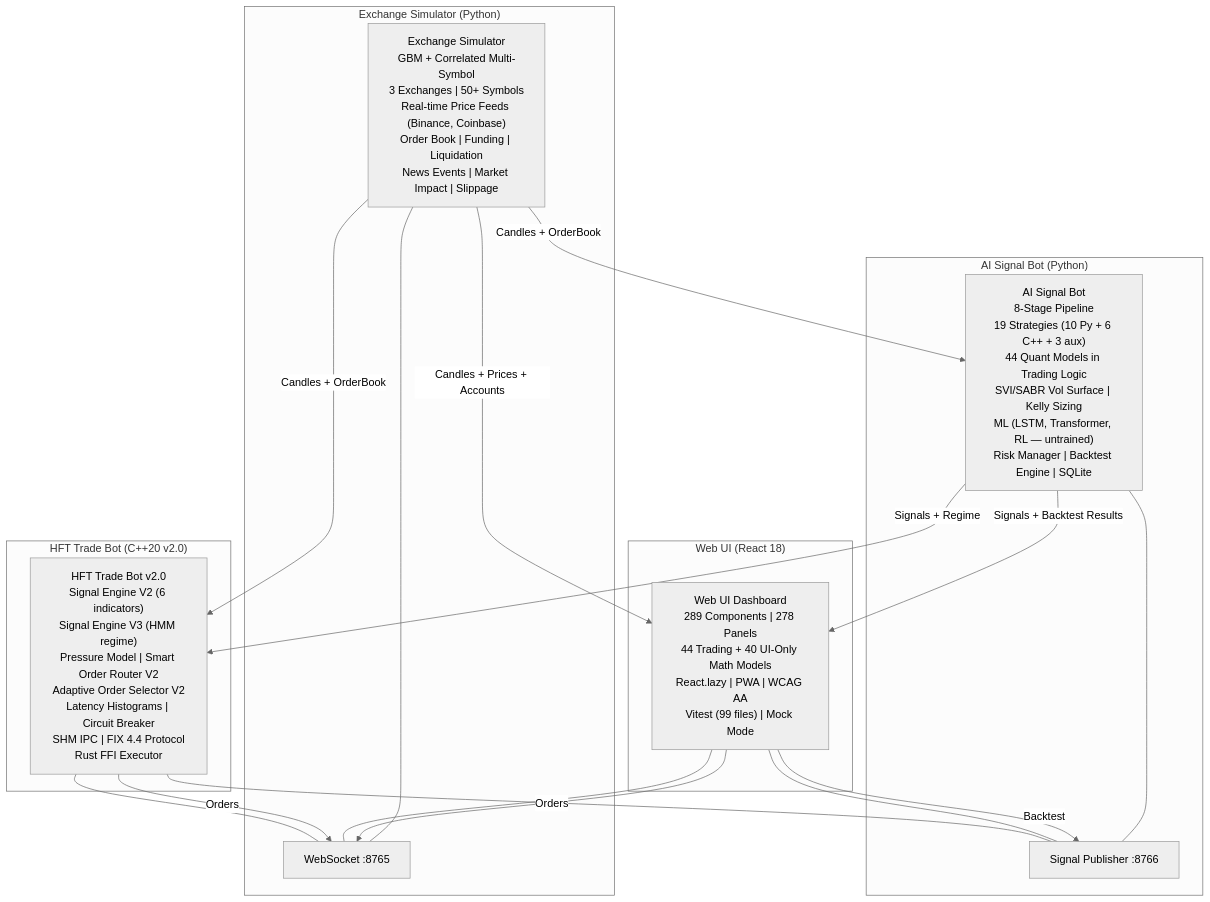
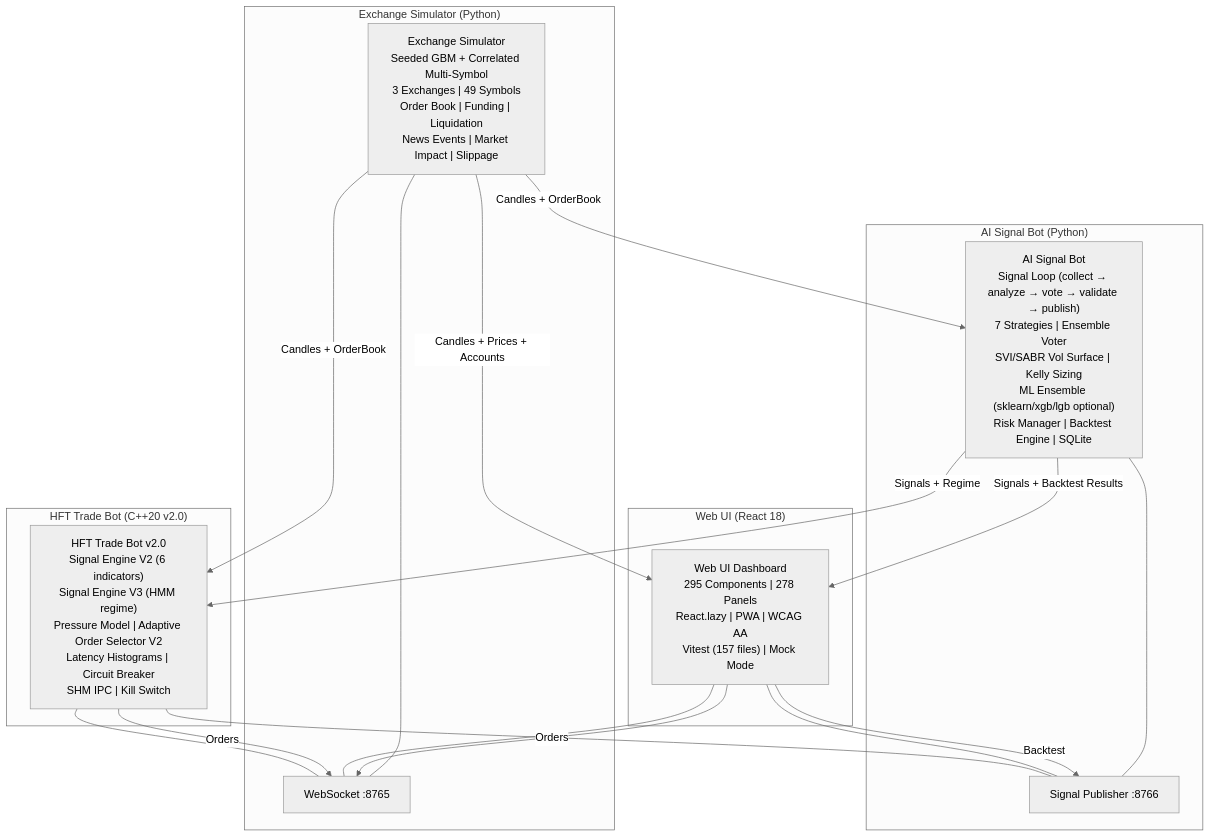
Before and after one commit to ezpectus/HFT-trading-simulator: the first of 2 diagrams in docs/ARCHITECTURE.md, drawn with Mermaid (neutral theme). The commit also changed other lines of this file and 9 other files, not shown here.

First line of the commit message:
docs: refresh docs/ — real ports, counts, env vars, diagrams

````diff
--- a/docs/ARCHITECTURE.md
+++ b/docs/ARCHITECTURE.md
@@ -71,35 +71,35 @@
 ```mermaid
 graph TB
     subgraph "Exchange Simulator (Python)"
-        ES["Exchange Simulator<br/>GBM + Correlated Multi-Symbol<br/>3 Exchanges | 50+ Symbols<br/>Real-time Price Feeds (Binance, Coinbase)<br/>Order Book | Funding | Liquidation<br/>News Events | Market Impact | Slippage"]
+        ES["Exchange Simulator<br/>Seeded GBM + Correlated Multi-Symbol<br/>3 Exchanges | 49 Symbols<br/>Order Book | Funding | Liquidation<br/>News Events | Market Impact | Slippage"]
         WS8765[WebSocket :8765]
         WS8765 --- ES
     end
 
     subgraph "AI Signal Bot (Python)"
-        AI["AI Signal Bot<br/>8-Stage Pipeline<br/>19 Strategies (10 Py + 6 C++ + 3 aux)<br/>44 Quant Models in Trading Logic<br/>SVI/SABR Vol Surface | Kelly Sizing<br/>ML (LSTM, Transformer, RL — untrained)<br/>Risk Manager | Backtest Engine | SQLite"]
+        AI["AI Signal Bot<br/>Signal Loop (collect → analyze → vote → validate → publish)<br/>7 Strategies | Ensemble Voter<br/>SVI/SABR Vol Surface | Kelly Sizing<br/>ML Ensemble (sklearn/xgb/lgb optional)<br/>Risk Manager | Backtest Engine | SQLite"]
         WS8766[Signal Publisher :8766]
         WS8766 --- AI
     end
 
     subgraph "HFT Trade Bot (C++20 v2.0)"
-        HFT["HFT Trade Bot v2.0<br/>Signal Engine V2 (6 indicators)<br/>Signal Engine V3 (HMM regime)<br/>Pressure Model | Smart Order Router V2<br/>Adaptive Order Selector V2<br/>Latency Histograms | Circuit Breaker<br/>SHM IPC | FIX 4.4 Protocol<br/>Rust FFI Executor"]
+        HFT["HFT Trade Bot v2.0<br/>Signal Engine V2 (6 indicators)<br/>Signal Engine V3 (HMM regime)<br/>Pressure Model | Adaptive Order Selector V2<br/>Latency Histograms | Circuit Breaker<br/>SHM IPC | Kill Switch"]
         HFT --- WS8765
         HFT --- WS8766
         HFT -->|Orders| WS8765
     end
 
     subgraph "Web UI (React 18)"
-        UI["Web UI Dashboard<br/>289 Components | 278 Panels<br/>44 Trading + 40 UI-Only Math Models<br/>React.lazy | PWA | WCAG AA<br/>Vitest (99 files) | Mock Mode"]
+        UI["Web UI Dashboard<br/>295 Components | 278 Panels<br/>React.lazy | PWA | WCAG AA<br/>Vitest (157 files) | Mock Mode"]
         UI --- WS8765
         UI --- WS8766
         UI -->|Orders| WS8765
         UI -->|Backtest| WS8766
     end
 
     ES -->|Candles + OrderBook| AI
     ES -->|Candles + OrderBook| HFT
     ES -->|Candles + Prices + Accounts| UI
     AI -->|Signals + Regime| HFT
     AI -->|Signals + Backtest Results| UI
 ```
````
